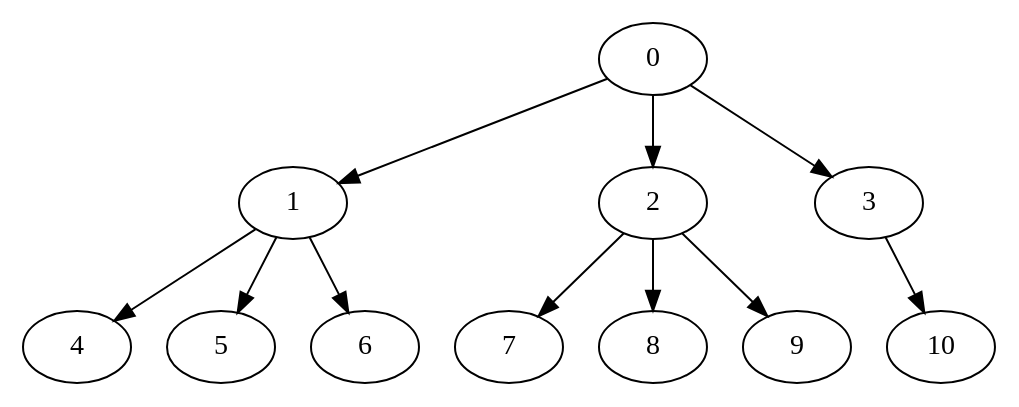
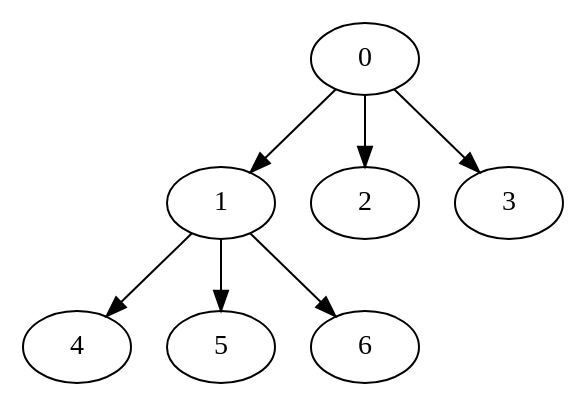
One commit to nateeo/parallel-task-scheduler changed the diagram in INPUT-output.dot. Above: the diagram before and after it, drawn with Graphviz. The commit also changed 2 other files, not shown here.

Commit message:
Made CLI output based on graph name (if a output filename was not defined in input).

```diff
--- a/INPUT-output.dot
+++ b/INPUT-output.dot
@@ -1,23 +1,15 @@
-digraph "outputOutTree-Balanced-MaxBf-3_Nodes_11_CCR_0.1_WeightType_Random" {
-	0				[ Weight =50,Start =0,Processor =1];
-	1				[ Weight =70,Start =50,Processor =1];
-	0 -> 1	 [Weight=9];
-	2				[ Weight =90,Start =57,Processor =2];
-	0 -> 2	 [Weight=7];
-	3				[ Weight =100,Start =160,Processor =1];
-	0 -> 3	 [Weight=4];
-	4				[ Weight =40,Start =120,Processor =1];
-	1 -> 4	 [Weight=10];
-	5				[ Weight =20,Start =260,Processor =1];
-	1 -> 5	 [Weight=7];
-	6				[ Weight =100,Start =147,Processor =2];
-	1 -> 6	 [Weight=5];
-	7				[ Weight =80,Start =267,Processor =2];
-	2 -> 7	 [Weight=5];
-	8				[ Weight =50,Start =280,Processor =1];
-	2 -> 8	 [Weight=3];
-	9				[ Weight =20,Start =247,Processor =2];
-	2 -> 9	 [Weight=10];
-	10	 [Weight=20];
-	3 -> 10	 [Weight=4];
+digraph "outputOutTree-Balanced-MaxBf-3_Nodes_7_CCR_2.0_WeightType_Random" {
+	0				[ Weight =5,Start =0,Processor =1];
+	1				[ Weight =6,Start =5,Processor =1];
+	0 -> 1	 [Weight=15];
+	2				[ Weight =5,Start =16,Processor =2];
+	0 -> 2	 [Weight=11];
+	3				[ Weight =6,Start =16,Processor =3];
+	0 -> 3	 [Weight=11];
+	4				[ Weight =4,Start =11,Processor =1];
+	1 -> 4	 [Weight=19];
+	5				[ Weight =7,Start =15,Processor =4];
+	1 -> 5	 [Weight=4];
+	6				[ Weight =7,Start =15,Processor =1];
+	1 -> 6	 [Weight=21];
 }
```
